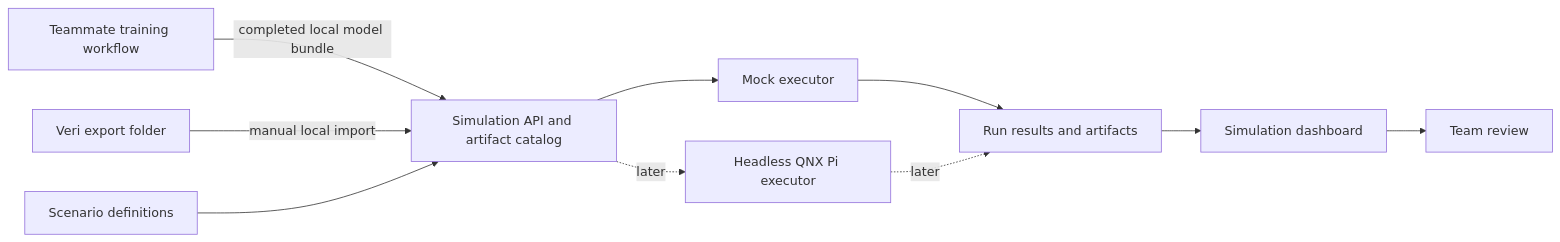
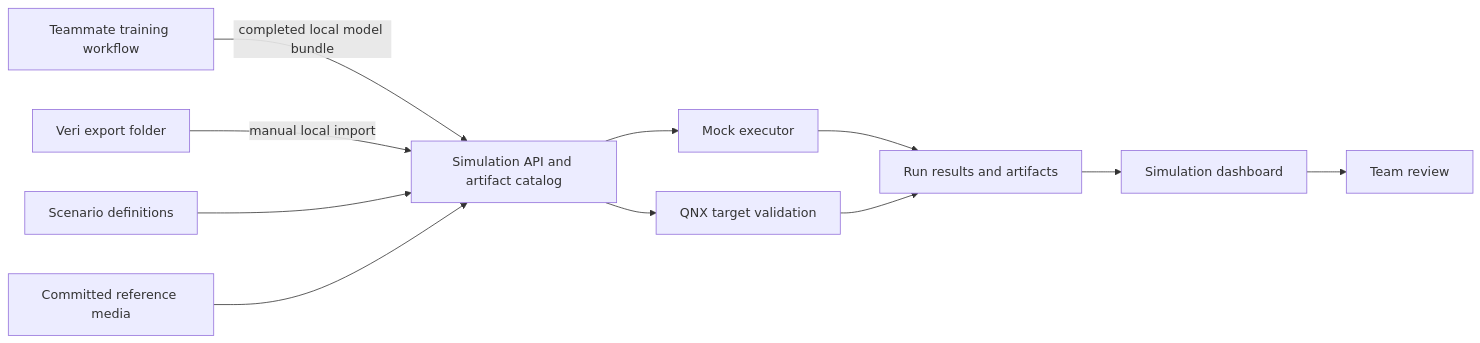
Before and after one commit to Dee-1862/Holy-Crap: the first of 2 diagrams in docs/architecture/simulation-lab.md, drawn with Mermaid. The commit also changed other lines of this file and 12 other files, not shown here.

````diff
--- a/docs/architecture/simulation-lab.md
+++ b/docs/architecture/simulation-lab.md
@@ -32,13 +42,14 @@
 ```mermaid
 flowchart LR
   Trainer[Teammate training workflow] -->|completed local model bundle| Catalog
   Veri[Veri export folder] -->|manual local import| Catalog
   Catalog[Simulation API and artifact catalog]
   Scenarios[Scenario definitions] --> Catalog
   Catalog --> Mock[Mock executor]
-  Catalog -. later .-> QNX[Headless QNX Pi executor]
+  Catalog --> QNX[QNX target validation]
   Mock --> Results[Run results and artifacts]
-  QNX -. later .-> Results
+  QNX --> Results
+  Media[Committed reference media] --> Catalog
   Results --> UI[Simulation dashboard]
   UI --> Human[Team review]
 ```
````
